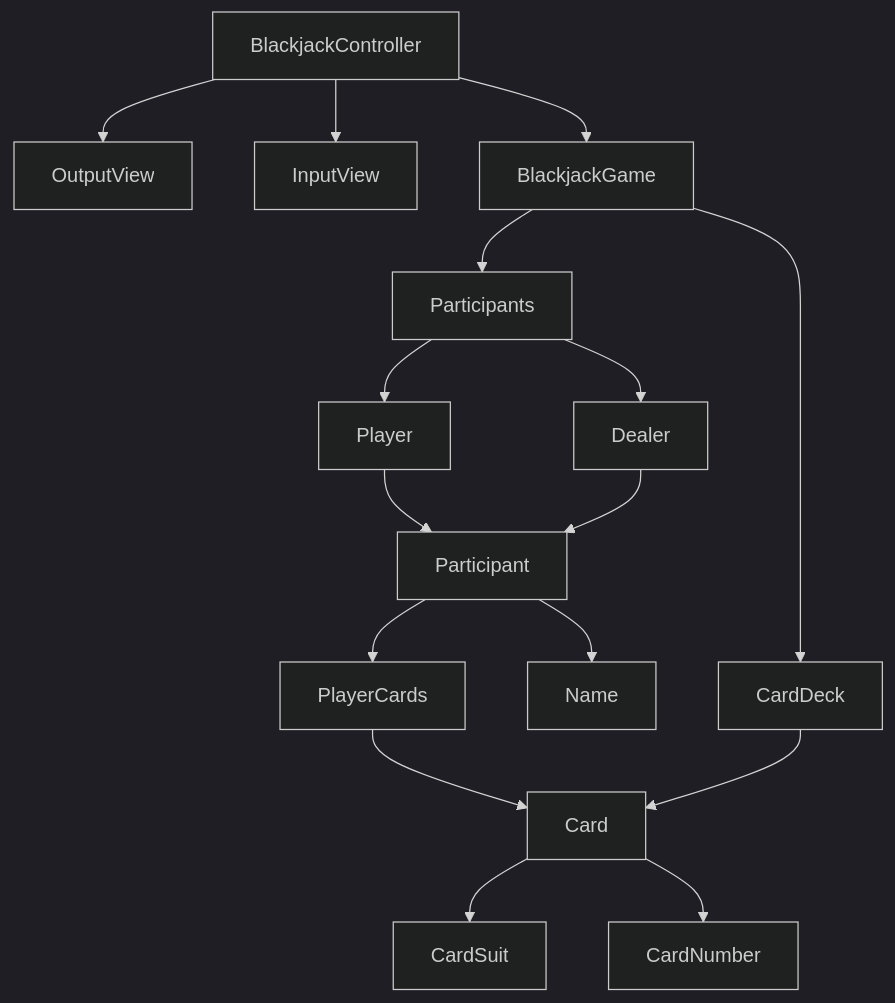
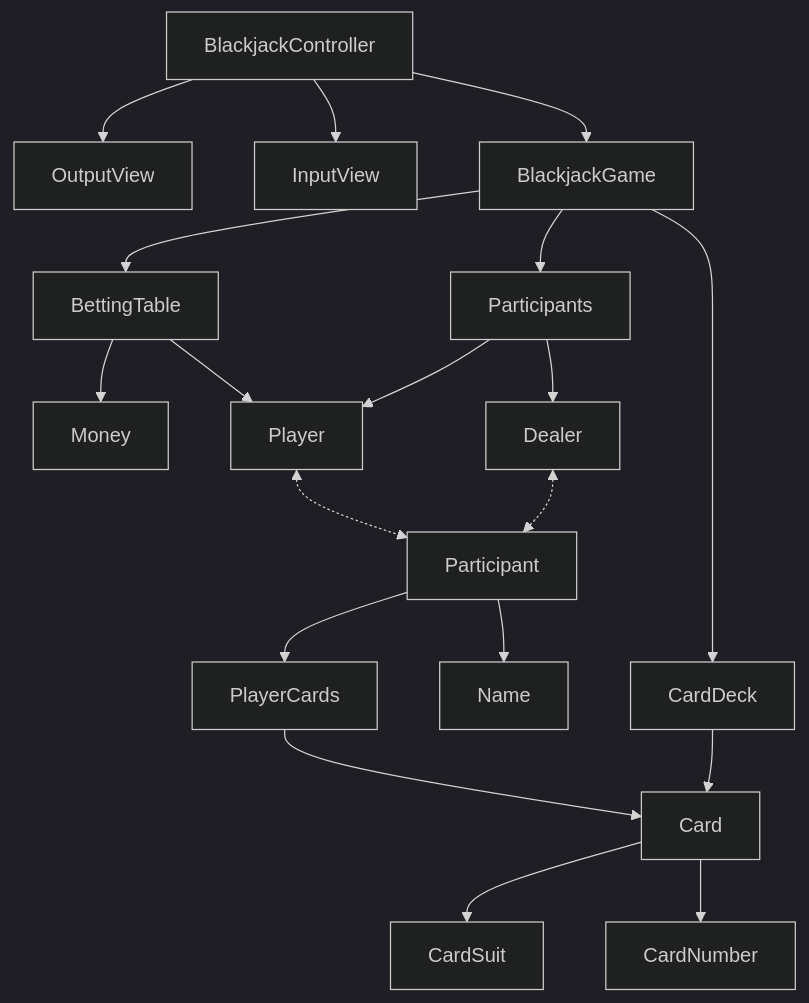
Before and after one commit to woowacourse/java-blackjack: the diagram in README.md, drawn with Mermaid (dark theme). The commit also changed other lines of this file, not shown here.

````diff
--- a/README.md
+++ b/README.md
@@ -11,25 +11,29 @@
 ```mermaid
 graph TD
     BlackjackController --> OutputView
     BlackjackController --> InputView
     BlackjackController --> BlackjackGame
 
+    BlackjackGame --> BettingTable
     BlackjackGame --> Participants
     BlackjackGame --> CardDeck
+
+    BettingTable --> Money
+    BettingTable --> Player
 
     Participants --> Player
     Participants --> Dealer
 
-    Player --> Participant
-    Dealer --> Participant
+    Player <-.-> Participant
+    Dealer <-.-> Participant
 
     Participant --> Name
     Participant --> PlayerCards
 
     PlayerCards --> Card
     CardDeck --> Card
 
     Card --> CardSuit
     Card --> CardNumber
 
 ```
````
